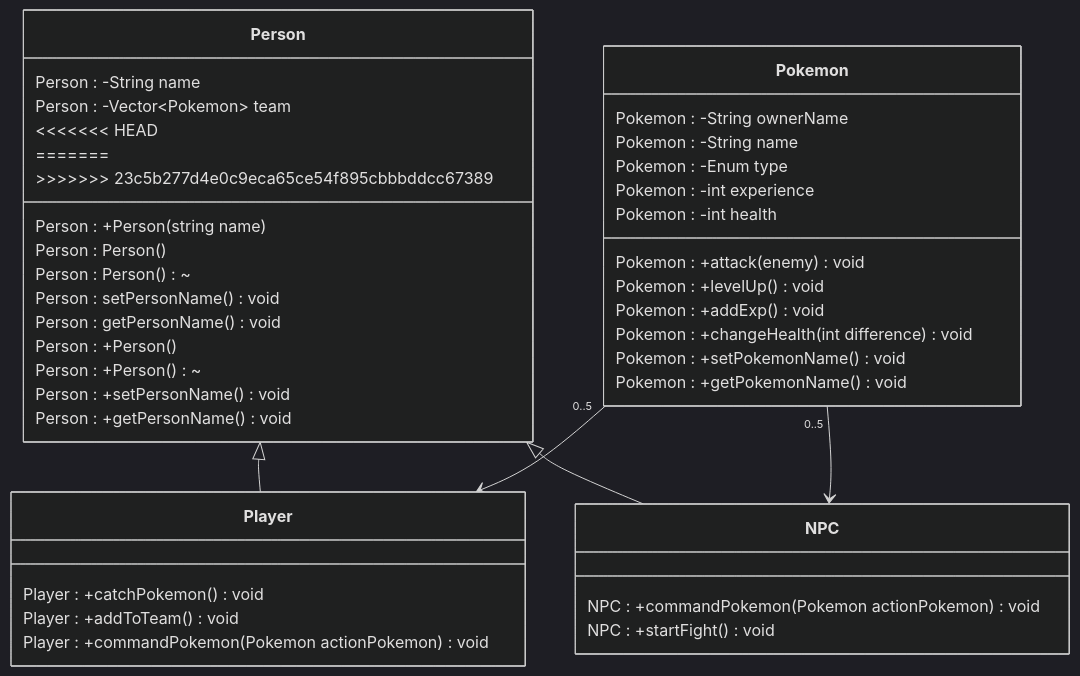
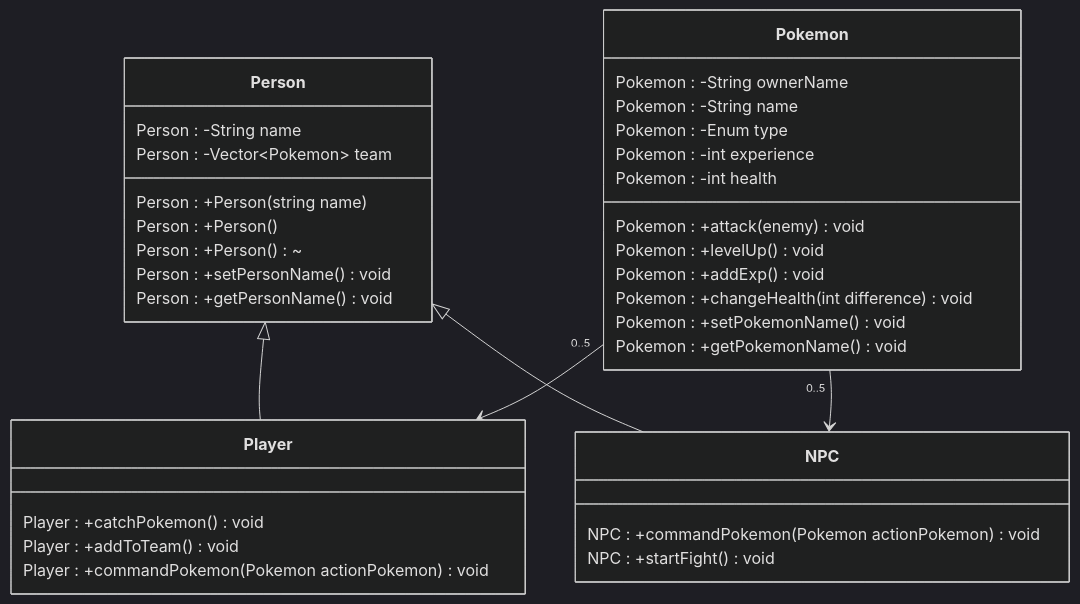
Before and after one commit to rjordell/Pokemon-Like-RPG: the diagram in README.md, drawn with Mermaid (dark theme).

Commit message:
Updated class diagram with specifiers for whether a member is public or not

````diff
--- a/README.md
+++ b/README.md
@@ -22,47 +22,40 @@
  ```mermaid
 classDiagram
     class Pokemon {
     Pokemon : -String ownerName
     Pokemon : -String name
     Pokemon : -Enum type
     Pokemon : -int experience
     Pokemon : -int health
     Pokemon : +attack(enemy) void
     Pokemon : +levelUp() void
     Pokemon : +addExp() void
     Pokemon : +changeHealth(int difference) void
     Pokemon : +setPokemonName() void
     Pokemon : +getPokemonName() void
 }
     class Person {
     Person : -String name
     Person : -Vector~Pokemon~ team
     Person : +Person(string name)
-<<<<<<< HEAD
-    Person : Person()
-    Person : Person()~
-    Person  : setPersonName() void
-    Person : getPersonName() void
-=======
     Person : +Person()
     Person : +Person()~
     Person : +setPersonName() void
     Person : +getPersonName() void
->>>>>>> 23c5b277d4e0c9eca65ce54f895cbbbddcc67389
 }
     class Player {
     Player : +catchPokemon() void
     Player : +addToTeam() void
     Player : +commandPokemon(Pokemon actionPokemon) void
 }
     class NPC {
     NPC : +commandPokemon(Pokemon actionPokemon) void
     NPC : +startFight() void
 }
 
 Person<|--Player
 Person<|--NPC
 Pokemon "0..5" --> Player
 Pokemon "0..5" --> NPC
 
 ```
````
